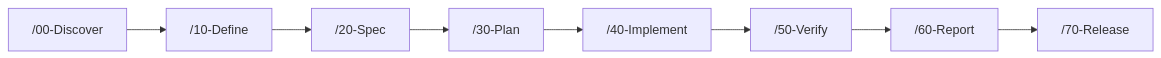
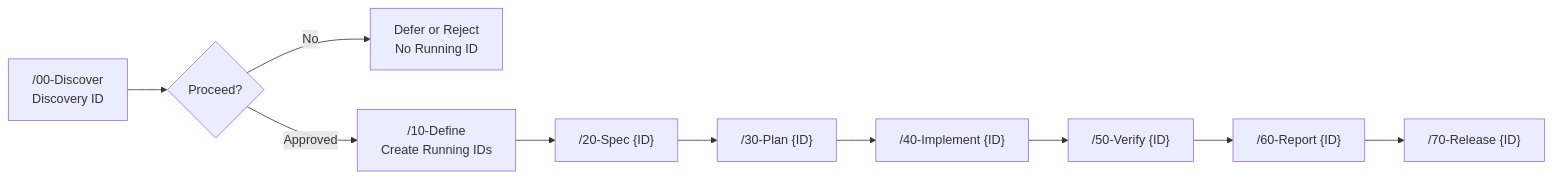
Before and after one commit to Jakkrich/nexus-devflow: the first of 5 diagrams in USAGE.md, drawn with Mermaid. The commit also changed other lines of this file and 80 other files, not shown here.

````diff
--- a/USAGE.md
+++ b/USAGE.md
@@ -128,4 +129,7 @@
 ```mermaid
 flowchart LR
-    D00["/00-Discover"] --> D10["/10-Define"] --> D20["/20-Spec"] --> D30["/30-Plan"] --> D40["/40-Implement"] --> D50["/50-Verify"] --> D60["/60-Report"] --> D70["/70-Release"]
+    D00["/00-Discover<br/>Discovery ID"] --> G{"Proceed?"}
+    G -->|No| E["Defer or Reject<br/>No Running ID"]
+    G -->|Approved| D10["/10-Define<br/>Create Running IDs"]
+    D10 --> D20["/20-Spec {ID}"] --> D30["/30-Plan {ID}"] --> D40["/40-Implement {ID}"] --> D50["/50-Verify {ID}"] --> D60["/60-Report {ID}"] --> D70["/70-Release {ID}"]
 ```
````
